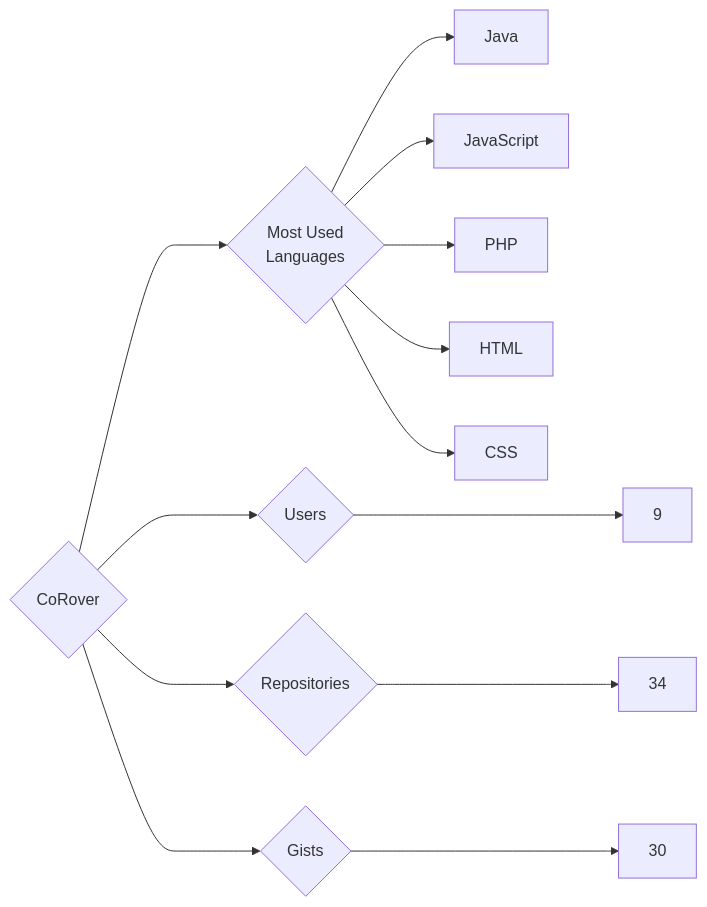
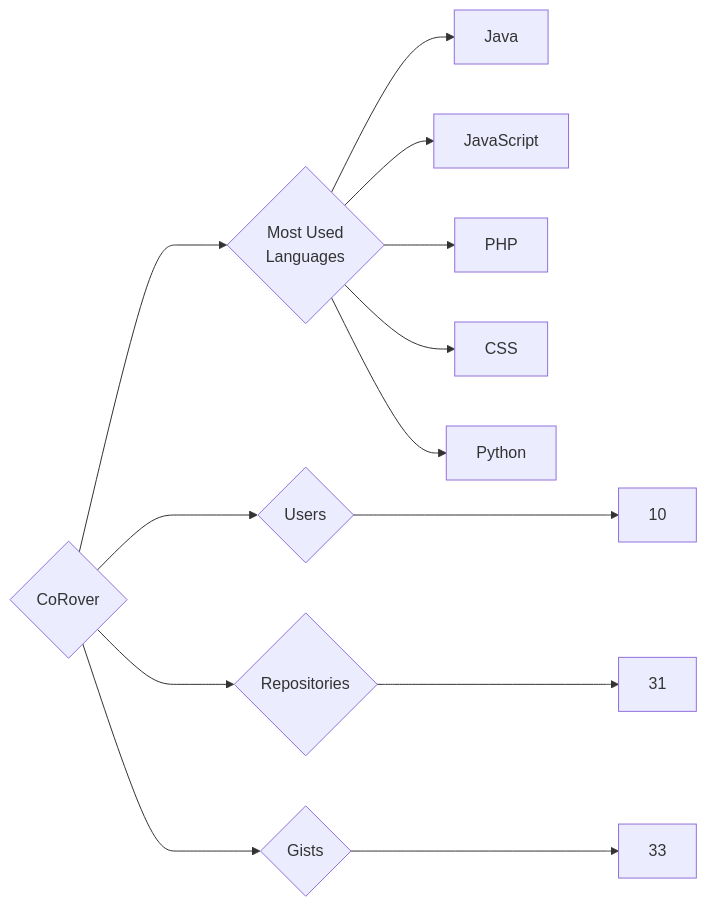
The diagram in targets/CoRover/README.md (trickest/insiders), drawn with Mermaid before and after one commit. The commit also changed 1084 other files, not shown here.

````diff
--- a/targets/CoRover/README.md
+++ b/targets/CoRover/README.md
@@ -3,13 +3,13 @@
 ```mermaid
 graph LR
 COMPANY_NAME{CoRover}
-COMPANY_NAME ---> U{Users} ---> UN[9]
-COMPANY_NAME ---> R{Repositories} ---> RN[34]
-COMPANY_NAME ---> G{Gists} ---> GN[30]
+COMPANY_NAME ---> U{Users} ---> UN[10]
+COMPANY_NAME ---> R{Repositories} ---> RN[31]
+COMPANY_NAME ---> G{Gists} ---> GN[33]
 COMPANY_NAME ---> ML{Most Used<br>Languages}
 ML --> Java[Java]
 ML --> JavaScript[JavaScript]
 ML --> PHP[PHP]
-ML --> HTML[HTML]
 ML --> CSS[CSS]
+ML --> Python[Python]
 ```
````
